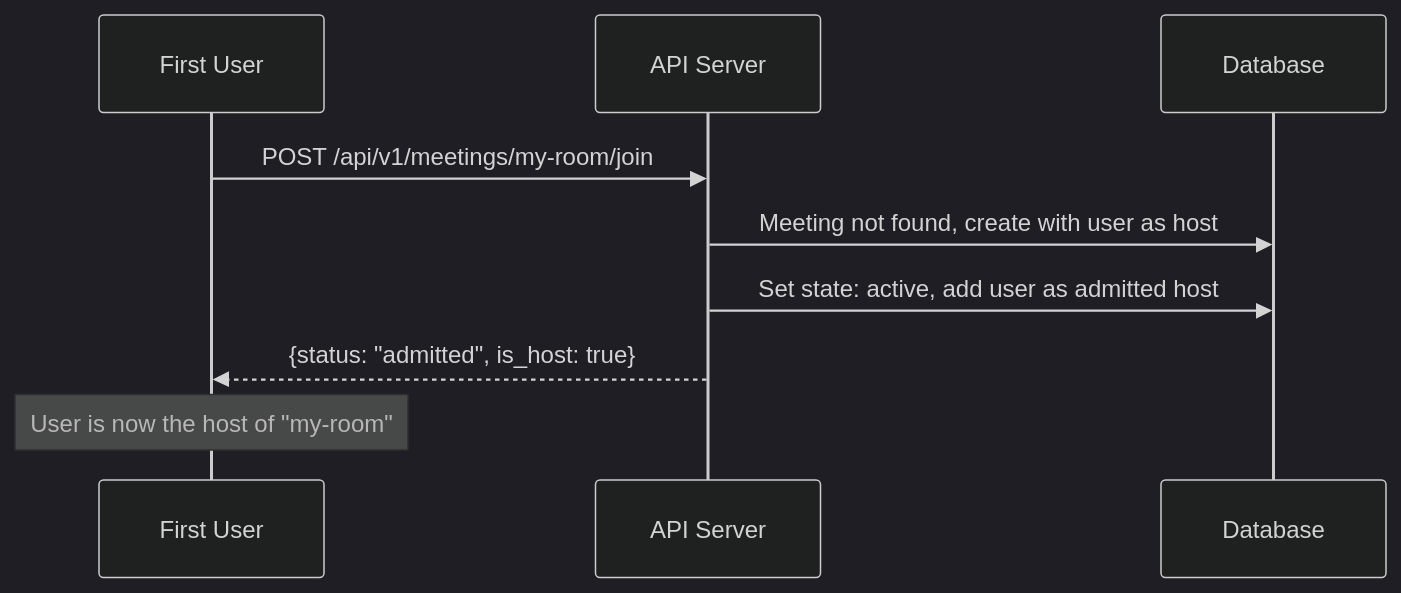
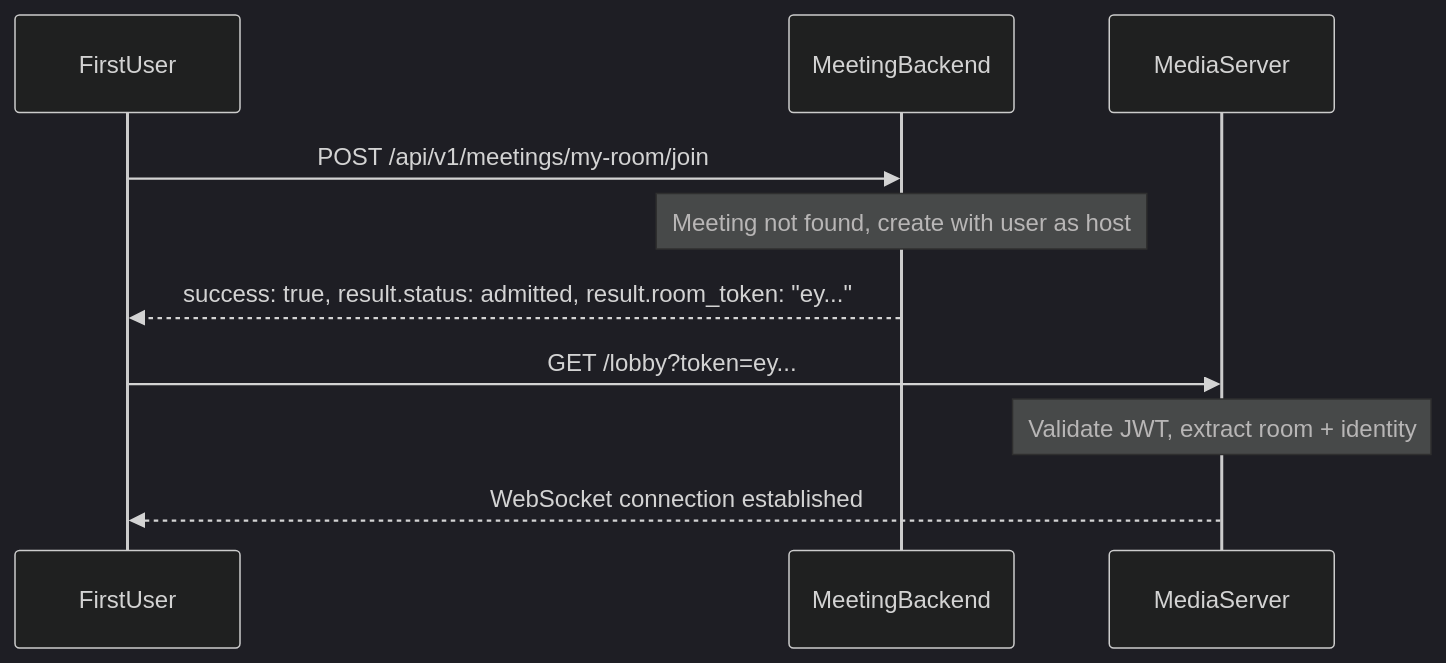
Before and after one commit to security-union/videocall-rs: the first of 3 diagrams in docs/MEETING_API.md, drawn with Mermaid (dark theme). The commit also changed other lines of this file and 35 other files, not shown here.

````diff
--- a/docs/MEETING_API.md
+++ b/docs/MEETING_API.md
@@ -478,13 +720,14 @@
 ```mermaid
 sequenceDiagram
-    participant U as First User
-    participant API as API Server
-    participant DB as Database
+    participant U as FirstUser
+    participant MB as MeetingBackend
+    participant MS as MediaServer
 
-    U->>API: POST /api/v1/meetings/my-room/join
-    API->>DB: Meeting not found, create with user as host
-    API->>DB: Set state: active, add user as admitted host
-    API-->>U: {status: "admitted", is_host: true}
+    U->>MB: POST /api/v1/meetings/my-room/join
+    Note over MB: Meeting not found, create with user as host
+    MB-->>U: success: true, result.status: admitted, result.room_token: "ey..."
 
-    Note over U: User is now the host of "my-room"
+    U->>MS: GET /lobby?token=ey...
+    Note over MS: Validate JWT, extract room + identity
+    MS-->>U: WebSocket connection established
 ```
````
